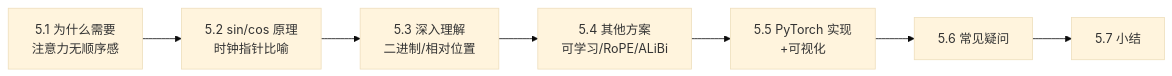
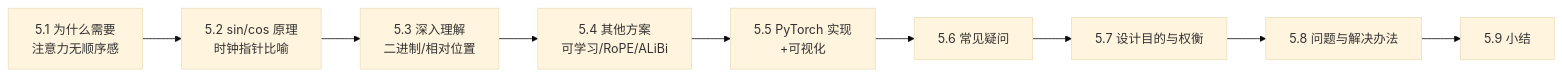
Before and after one commit to zerioo1970/summary: the first of 12 diagrams in transformer-学习资料/第05章-位置编码.md, drawn with Mermaid (base theme). The commit also changed other lines of this file and 4 other files, not shown here.

Commit message:
深度扩充第3-7章:每章新增'设计目的与权衡'和'问题与解决办法'两大节

````diff
--- a/transformer-学习资料/第05章-位置编码.md
+++ b/transformer-学习资料/第05章-位置编码.md
@@ -11,9 +11,11 @@
 ```mermaid
 flowchart LR
     A["5.1 为什么需要<br/>注意力无顺序感"] --> B["5.2 sin/cos 原理<br/>时钟指针比喻"]
     B --> C["5.3 深入理解<br/>二进制/相对位置"]
     C --> D["5.4 其他方案<br/>可学习/RoPE/ALiBi"]
     D --> E["5.5 PyTorch 实现<br/>+可视化"]
     E --> F["5.6 常见疑问"]
-    F --> G["5.7 小结"]
+    F --> G["5.7 设计目的与权衡"]
+    G --> H["5.8 问题与解决办法"]
+    H --> I["5.9 小结"]
 ```
````
